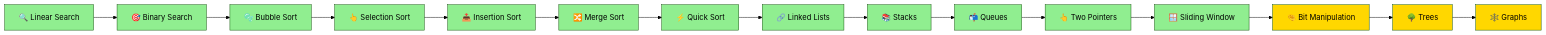
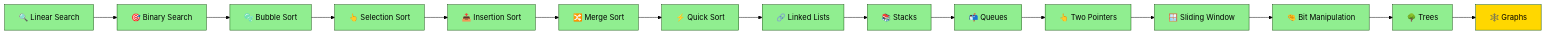
Before and after one commit to Shivambansal96/Shreyas-Engineering-Clg-Hyd: the diagram in Readme.md, drawn with Mermaid (forest theme). The commit also changed other lines of this file and 2 other files, not shown here.

````diff
--- a/Readme.md
+++ b/Readme.md
@@ -147,33 +156,34 @@
 ```mermaid
 graph LR
     A[🔍 Linear Search] --> B[🎯 Binary Search]
     B --> C[🫧 Bubble Sort]
     C --> D[👆 Selection Sort]
     D --> E[📥 Insertion Sort]
     E --> F[🔀 Merge Sort]
     F --> G[⚡ Quick Sort]
     G --> H[🔗 Linked Lists]
     H --> I[📚 Stacks]
     I --> J[📬 Queues]
     J --> K[👆 Two Pointers]
     K --> L[🪟 Sliding Window]
     L --> M[🤏 Bit Manipulation]
     M --> N[🌳 Trees]
     N --> O[🕸️ Graphs]
     
     style A fill:#90EE90
     style B fill:#90EE90
     style C fill:#90EE90
     style D fill:#90EE90
     style E fill:#90EE90
     style F fill:#90EE90
     style G fill:#90EE90
     style H fill:#90EE90
     style I fill:#90EE90
     style J fill:#90EE90
     style K fill:#90EE90
     style L fill:#90EE90
-    style M fill:#FFD700
-    style N fill:#FFD700
-    style O fill:#FFD700
+      style M fill:#90EE90
+      style N fill:#90EE90
+      style O fill:#FFD700
+
 ```
````
